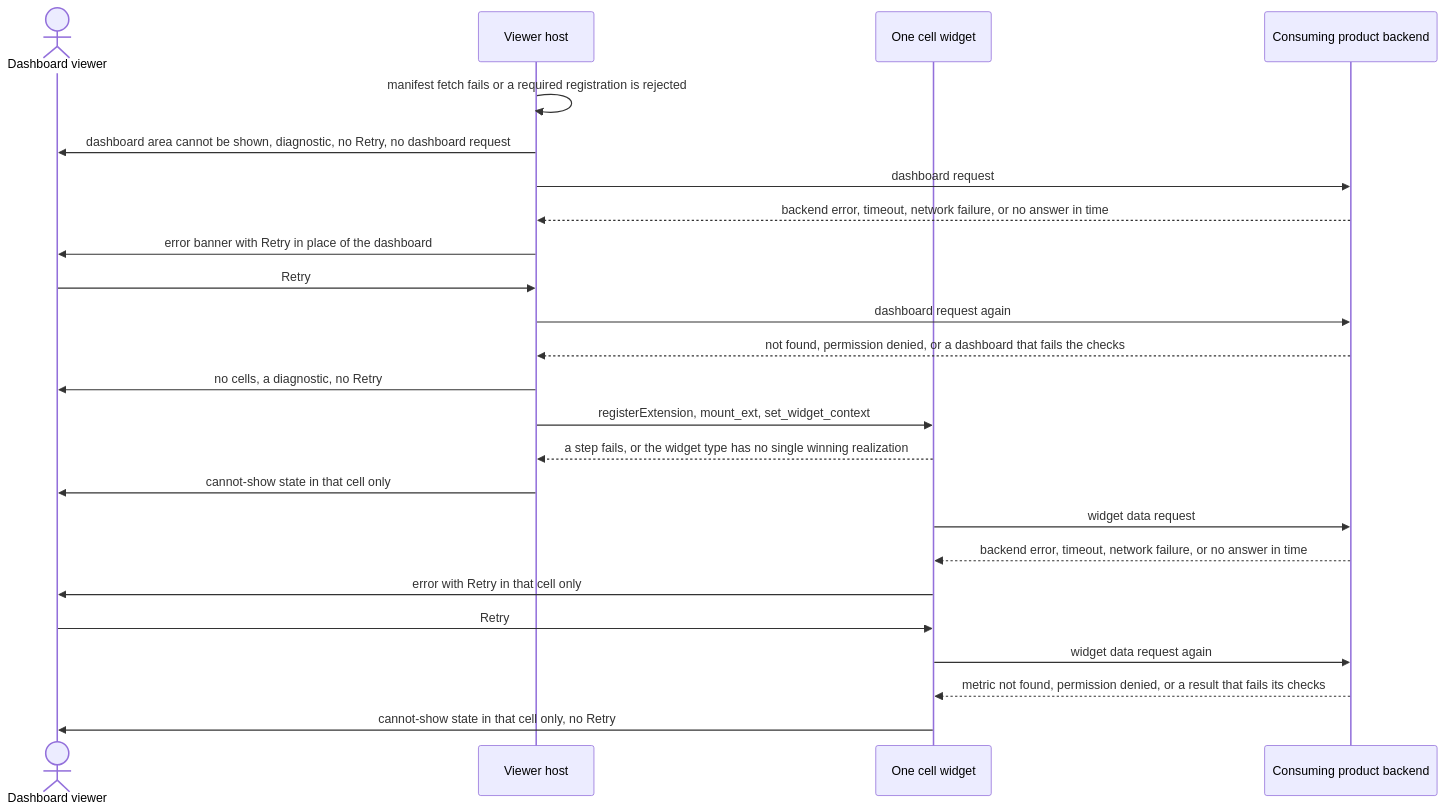
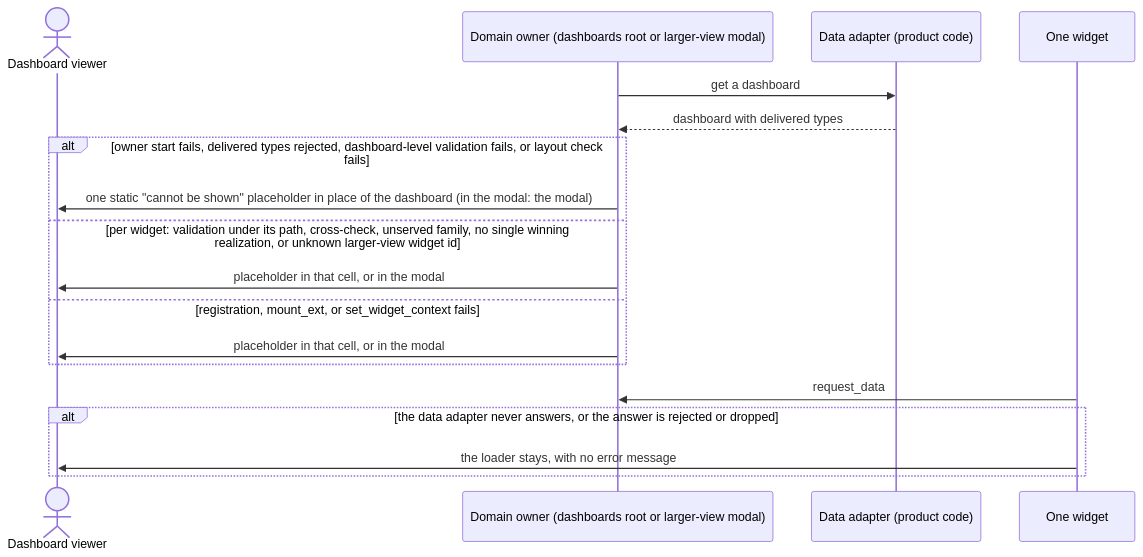
Before and after one commit to AndrejK666/gears-frontx-templates: the eighth of 11 diagrams in template-dashboard/architecture/DESIGN.md, drawn with Mermaid. The commit also changed other lines of this file and 25 other files, not shown here.

````diff
--- a/template-dashboard/architecture/DESIGN.md
+++ b/template-dashboard/architecture/DESIGN.md
@@ -861,27 +1201,21 @@
 ```mermaid
 sequenceDiagram
     actor U as Dashboard viewer
-    participant VH as Viewer host
-    participant W as One cell widget
-    participant BE as Consuming product backend
+    participant O as Domain owner (dashboards root or larger-view modal)
+    participant DA as Data adapter (product code)
+    participant W as One widget
 
-    VH->>VH: manifest fetch fails or a required registration is rejected
-    VH->>U: dashboard area cannot be shown, diagnostic, no Retry, no dashboard request
-    VH->>BE: dashboard request
-    BE-->>VH: backend error, timeout, network failure, or no answer in time
-    VH->>U: error banner with Retry in place of the dashboard
-    U->>VH: Retry
-    VH->>BE: dashboard request again
-    BE-->>VH: not found, permission denied, or a dashboard that fails the checks
-    VH->>U: no cells, a diagnostic, no Retry
-    VH->>W: registerExtension, mount_ext, set_widget_context
-    W-->>VH: a step fails, or the widget type has no single winning realization
-    VH->>U: cannot-show state in that cell only
-    W->>BE: widget data request
-    BE-->>W: backend error, timeout, network failure, or no answer in time
-    W->>U: error with Retry in that cell only
-    U->>W: Retry
-    W->>BE: widget data request again
-    BE-->>W: metric not found, permission denied, or a result that fails its checks
-    W->>U: cannot-show state in that cell only, no Retry
+    O->>DA: get a dashboard
+    DA-->>O: dashboard with delivered types
+    alt owner start fails, delivered types rejected, dashboard-level validation fails, or layout check fails
+        O->>U: one static "cannot be shown" placeholder in place of the dashboard (in the modal: the modal)
+    else per widget: validation under its path, cross-check, unserved family, no single winning realization, or unknown larger-view widget id
+        O->>U: placeholder in that cell, or in the modal
+    else registration, mount_ext, or set_widget_context fails
+        O->>U: placeholder in that cell, or in the modal
+    end
+    W->>O: request_data
+    alt the data adapter never answers, or the answer is rejected or dropped
+        W->>U: the loader stays, with no error message
+    end
 ```
````
